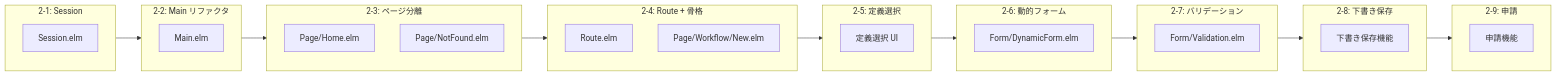
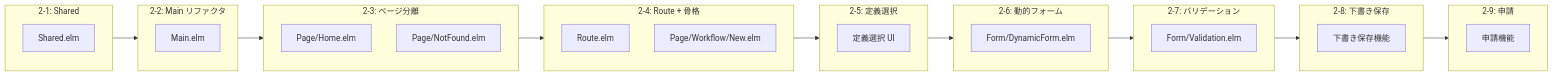
One commit to ka2kama/ringiflow changed the sixth of 7 diagrams in docs/03_詳細設計書/10_ワークフロー申請フォームUI設計.md. Above: the diagram before and after it, drawn with Mermaid. The commit also changed other lines of this file and 9 other files, not shown here.

First line of the commit message:
Session を Shared にリネーム (#160)

````diff
--- a/docs/03_詳細設計書/10_ワークフロー申請フォームUI設計.md
+++ b/docs/03_詳細設計書/10_ワークフロー申請フォームUI設計.md
@@ -636,49 +636,49 @@
 ```mermaid
 flowchart LR
-    subgraph Phase2-1["2-1: Session"]
-        A1["Session.elm"]
+    subgraph Phase2-1["2-1: Shared"]
+        A1["Shared.elm"]
     end
 
     subgraph Phase2-2["2-2: Main リファクタ"]
         B1["Main.elm"]
     end
 
     subgraph Phase2-3["2-3: ページ分離"]
         C1["Page/Home.elm"]
         C2["Page/NotFound.elm"]
     end
 
     subgraph Phase2-4["2-4: Route + 骨格"]
         D1["Route.elm"]
         D2["Page/Workflow/New.elm"]
     end
 
     subgraph Phase2-5["2-5: 定義選択"]
         E1["定義選択 UI"]
     end
 
     subgraph Phase2-6["2-6: 動的フォーム"]
         F1["Form/DynamicForm.elm"]
     end
 
     subgraph Phase2-7["2-7: バリデーション"]
         G1["Form/Validation.elm"]
     end
 
     subgraph Phase2-8["2-8: 下書き保存"]
         H1["下書き保存機能"]
     end
 
     subgraph Phase2-9["2-9: 申請"]
         I1["申請機能"]
     end
 
     Phase2-1 --> Phase2-2
     Phase2-2 --> Phase2-3
     Phase2-3 --> Phase2-4
     Phase2-4 --> Phase2-5
     Phase2-5 --> Phase2-6
     Phase2-6 --> Phase2-7
     Phase2-7 --> Phase2-8
     Phase2-8 --> Phase2-9
 ```
````
